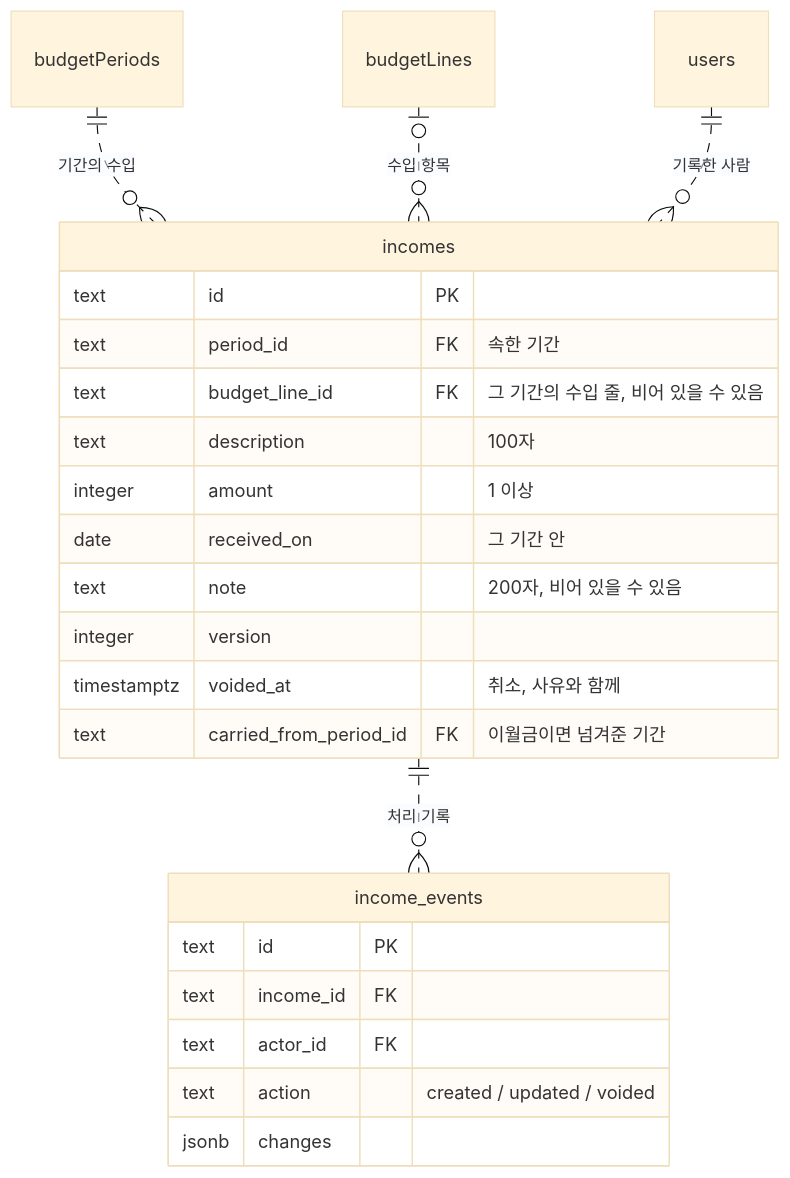
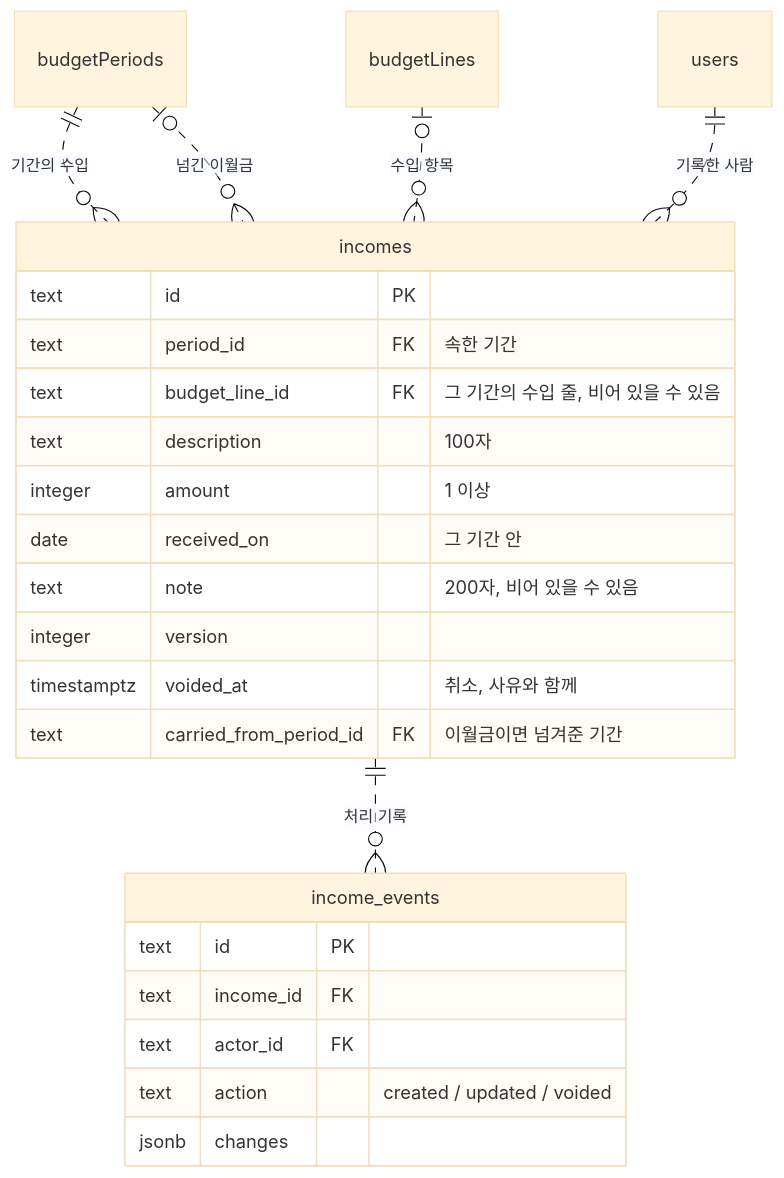
Before and after one commit to vada-hq/vada: the sixth of 7 diagrams in docs/ERD.md, drawn with Mermaid (base theme). The commit also changed other lines of this file and 2 other files, not shown here.

Commit message:
정산 다시 열기에 예산 잠금 더하고 마감 테스트 보강

````diff
--- a/docs/ERD.md
+++ b/docs/ERD.md
@@ -358,27 +359,28 @@
 ```mermaid
 erDiagram
     budgetPeriods ||..o{ incomes : "기간의 수입"
+    budgetPeriods |o..o{ incomes : "넘긴 이월금"
     budgetLines |o..o{ incomes : "수입 항목"
     incomes ||..o{ incomeEvents : "처리 기록"
     users ||..o{ incomes : "기록한 사람"
 
     incomes["incomes"] {
         text id PK
         text period_id FK "속한 기간"
         text budget_line_id FK "그 기간의 수입 줄, 비어 있을 수 있음"
         text description "100자"
         integer amount "1 이상"
         date received_on "그 기간 안"
         text note "200자, 비어 있을 수 있음"
         integer version
         timestamptz voided_at "취소, 사유와 함께"
         text carried_from_period_id FK "이월금이면 넘겨준 기간"
     }
     incomeEvents["income_events"] {
         text id PK
         text income_id FK
         text actor_id FK
         text action "created / updated / voided"
         jsonb changes
     }
 ```
````
